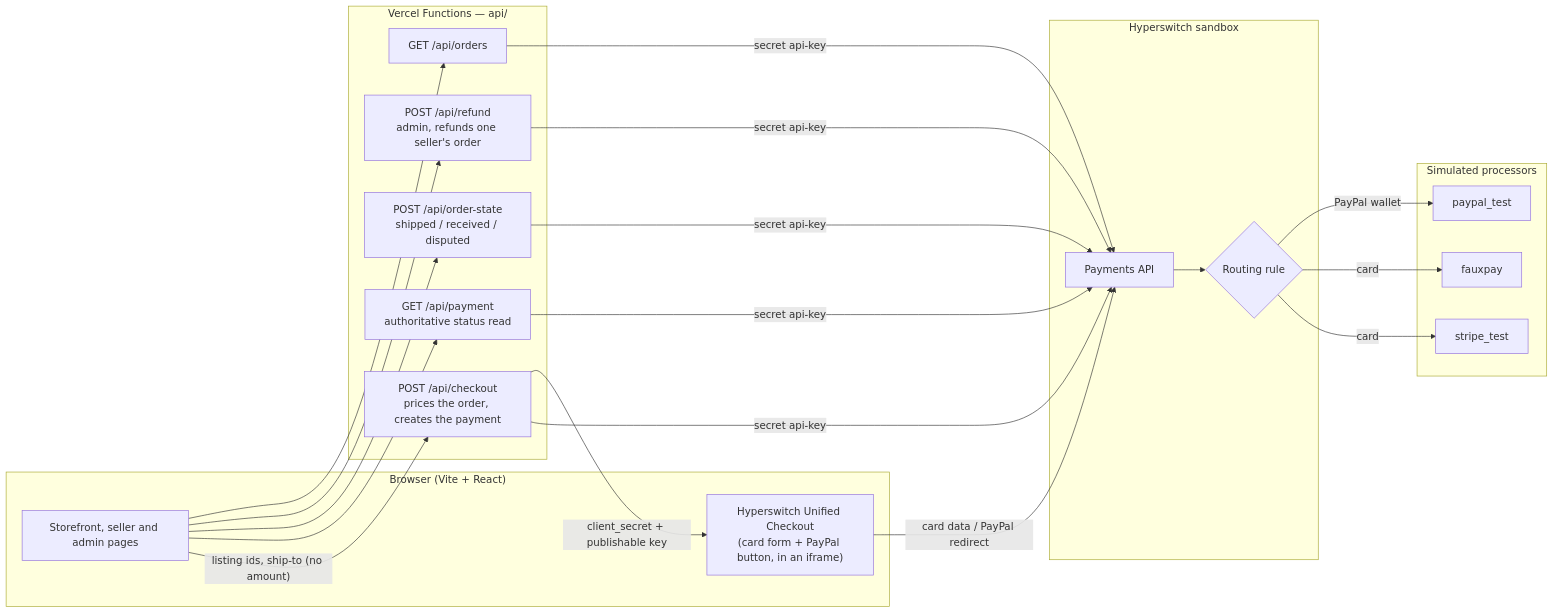
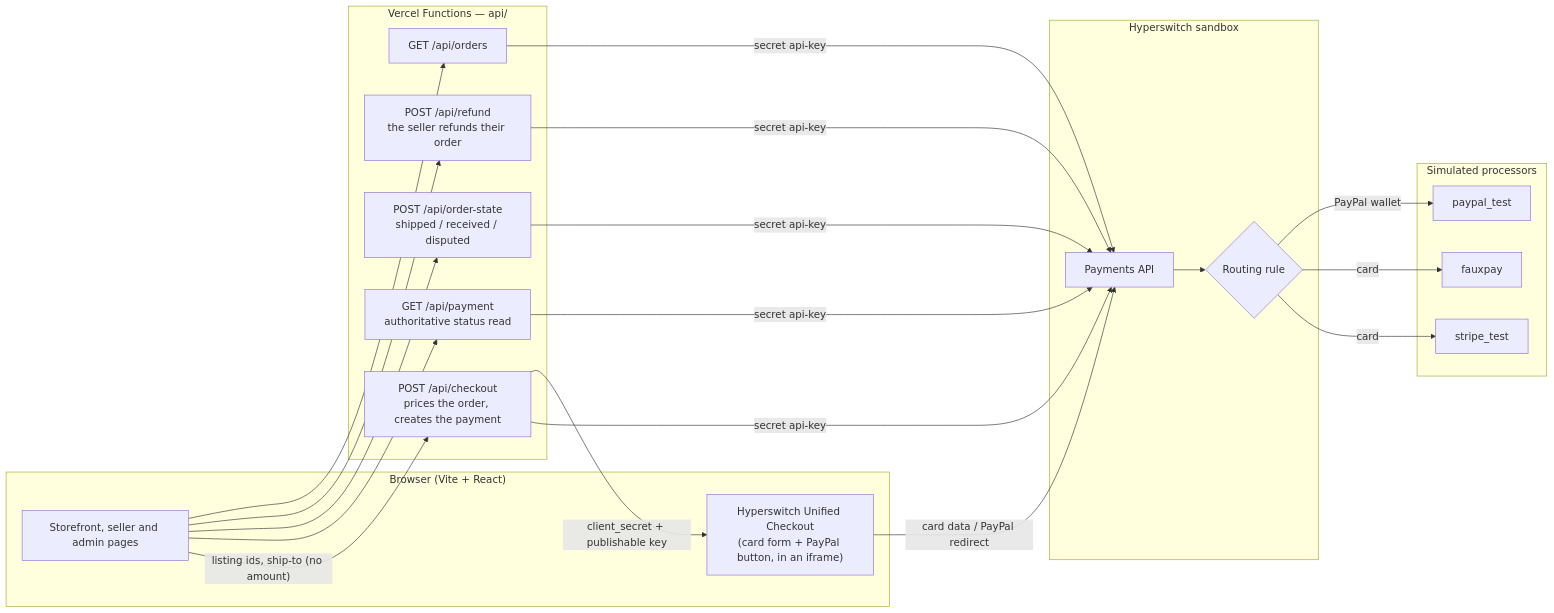
Before and after one commit to jamespotash0/juspay-prototype: the first of 4 diagrams in README.md, drawn with Mermaid. The commit also changed other lines of this file and 15 other files, not shown here.

First line of the commit message:
The seller refunds, not the admin; clearer seller summary cards

````diff
--- a/README.md
+++ b/README.md
@@ -60,36 +60,36 @@
 ```mermaid
 flowchart LR
   subgraph Browser["Browser (Vite + React)"]
     UI["Storefront, seller and admin pages"]
     SDK["Hyperswitch Unified Checkout<br/>(card form + PayPal button, in an iframe)"]
   end
 
   subgraph Vercel["Vercel Functions — api/"]
     CO["POST /api/checkout<br/>prices the order, creates the payment"]
     PAY["GET /api/payment<br/>authoritative status read"]
     OS["POST /api/order-state<br/>shipped / received / disputed"]
-    REF["POST /api/refund<br/>admin, refunds one seller's order"]
+    REF["POST /api/refund<br/>the seller refunds their order"]
     ORD["GET /api/orders"]
   end
 
   subgraph HS["Hyperswitch sandbox"]
     API["Payments API"]
     RT{"Routing rule"}
   end
 
   subgraph Proc["Simulated processors"]
     ST["stripe_test"]
     FP["fauxpay"]
     PP["paypal_test"]
   end
 
   UI -- "listing ids, ship-to (no amount)" --> CO
   CO -- "secret api-key" --> API
   CO -- "client_secret + publishable key" --> SDK
   SDK -- "card data / PayPal redirect" --> API
   UI --> PAY & OS & REF & ORD
   PAY & OS & REF & ORD -- "secret api-key" --> API
   API --> RT
   RT -- "card" --> ST & FP
   RT -- "PayPal wallet" --> PP
 ```
````
